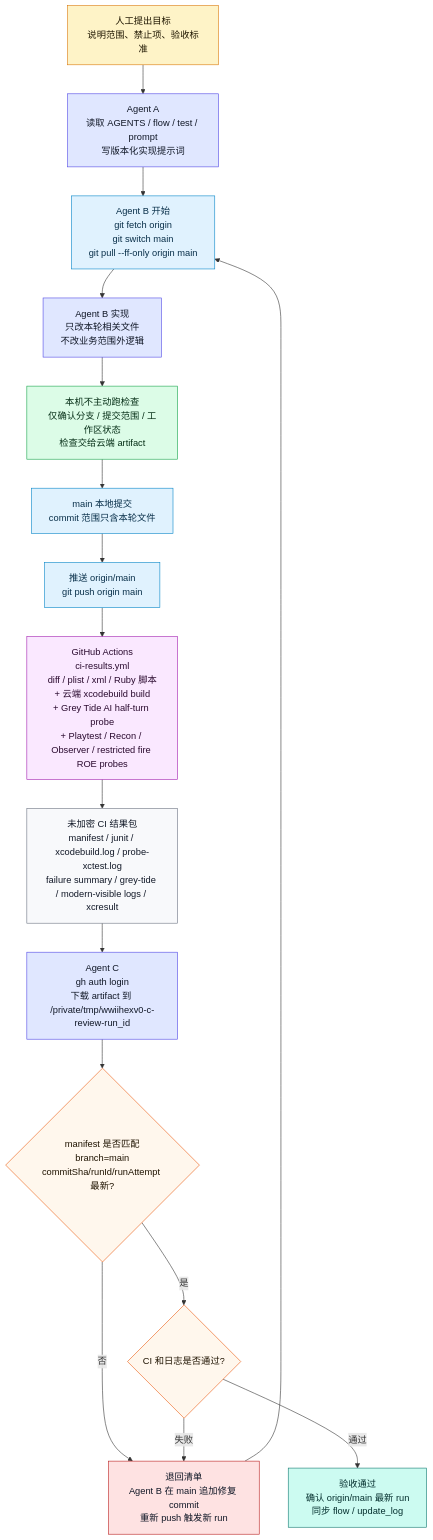
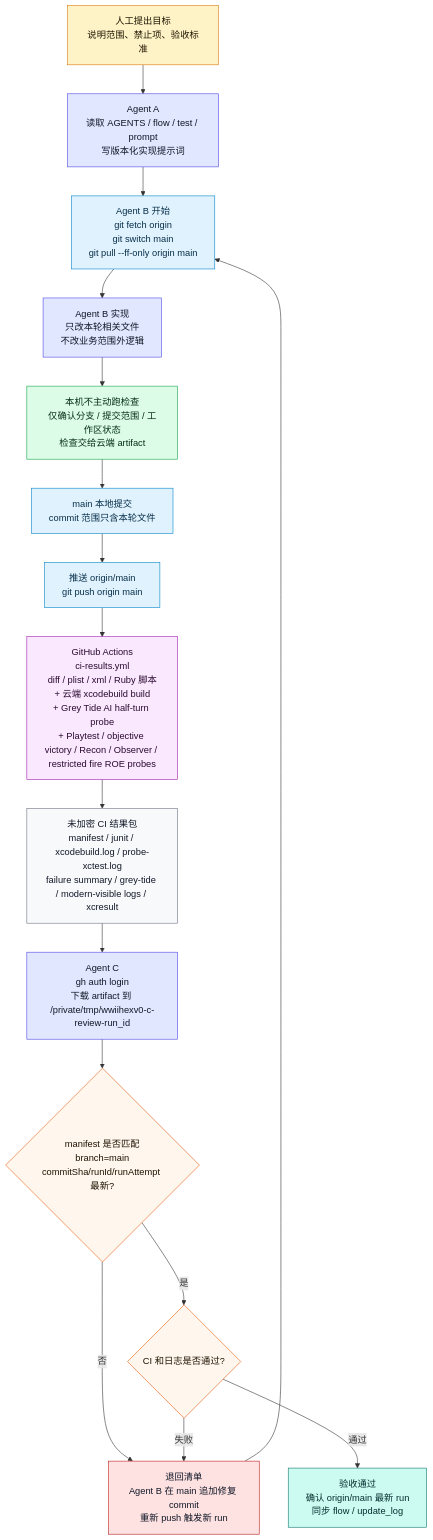
Before and after one commit to Altman-sam114/127: the first of 20 diagrams in md/flow/flowchart.md, drawn with Mermaid. The commit also changed 8 other files, not shown here.

Commit message:
fix(victory): refresh Grey Tide capture wins

````diff
--- a/md/flow/flowchart.md
+++ b/md/flow/flowchart.md
@@ -33,33 +33,33 @@
 ```mermaid
 flowchart TD
     HUMAN["人工提出目标<br/>说明范围、禁止项、验收标准"]:::input
     A["Agent A<br/>读取 AGENTS / flow / test / prompt<br/>写版本化实现提示词"]:::agent
     B0["Agent B 开始<br/>git fetch origin<br/>git switch main<br/>git pull --ff-only origin main"]:::git
     B1["Agent B 实现<br/>只改本轮相关文件<br/>不改业务范围外逻辑"]:::agent
     LOCAL["本机不主动跑检查<br/>仅确认分支 / 提交范围 / 工作区状态<br/>检查交给云端 artifact"]:::check
     COMMIT["main 本地提交<br/>commit 范围只含本轮文件"]:::git
     PUSH["推送 origin/main<br/>git push origin main"]:::git
-    GHA["GitHub Actions<br/>ci-results.yml<br/>diff / plist / xml / Ruby 脚本<br/>+ 云端 xcodebuild build<br/>+ Grey Tide AI half-turn probe<br/>+ Playtest / Recon / Observer / restricted fire ROE probes"]:::cloud
+    GHA["GitHub Actions<br/>ci-results.yml<br/>diff / plist / xml / Ruby 脚本<br/>+ 云端 xcodebuild build<br/>+ Grey Tide AI half-turn probe<br/>+ Playtest / objective victory / Recon / Observer / restricted fire ROE probes"]:::cloud
     ART["未加密 CI 结果包<br/>manifest / junit / xcodebuild.log / probe-xctest.log<br/>failure summary / grey-tide / modern-visible logs / xcresult"]:::artifact
     C0["Agent C<br/>gh auth login<br/>下载 artifact 到 /private/tmp/wwiihexv0-c-review-run_id"]:::agent
     C1{"manifest 是否匹配<br/>branch=main<br/>commitSha/runId/runAttempt 最新?"}:::decision
     C2{"CI 和日志是否通过?"}:::decision
     REJECT["退回清单<br/>Agent B 在 main 追加修复 commit<br/>重新 push 触发新 run"]:::stop
     ACCEPT["验收通过<br/>确认 origin/main 最新 run<br/>同步 flow / update_log"]:::ok
 
     HUMAN --> A --> B0 --> B1 --> LOCAL --> COMMIT --> PUSH --> GHA --> ART --> C0 --> C1
     C1 -->|否| REJECT --> B0
     C1 -->|是| C2
     C2 -->|失败| REJECT
     C2 -->|通过| ACCEPT
 
     classDef input fill:#fef3c7,stroke:#d97706,color:#1f1600
     classDef agent fill:#e0e7ff,stroke:#4f46e5,color:#111827
     classDef git fill:#e0f2fe,stroke:#0284c7,color:#082f49
     classDef check fill:#dcfce7,stroke:#16a34a,color:#052e16
     classDef cloud fill:#fae8ff,stroke:#a21caf,color:#2a0a2f
     classDef artifact fill:#f8f9fb,stroke:#6b7280,color:#111827
     classDef decision fill:#fff7ed,stroke:#ea580c,color:#1f1300
     classDef stop fill:#fee2e2,stroke:#b91c1c,color:#111827
     classDef ok fill:#ccfbf1,stroke:#0f766e,color:#042f2e
 ```
````
